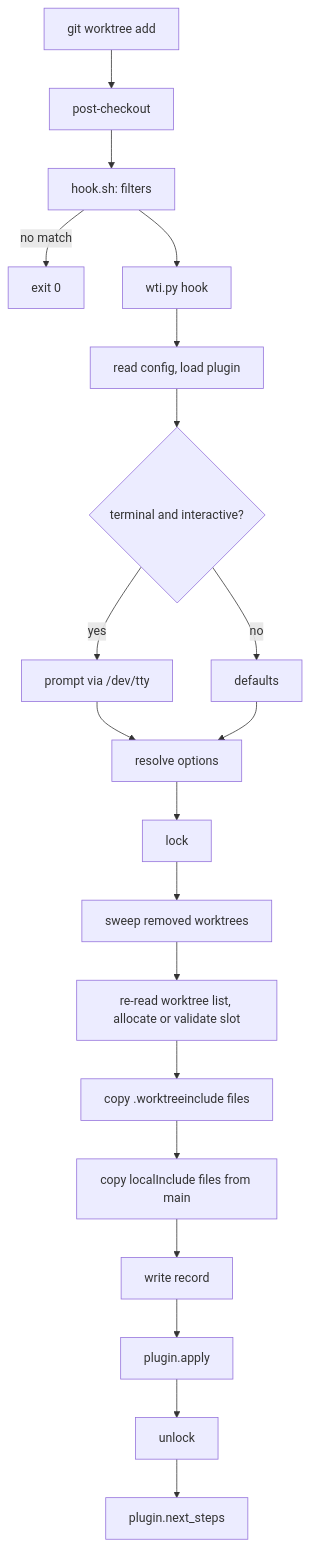
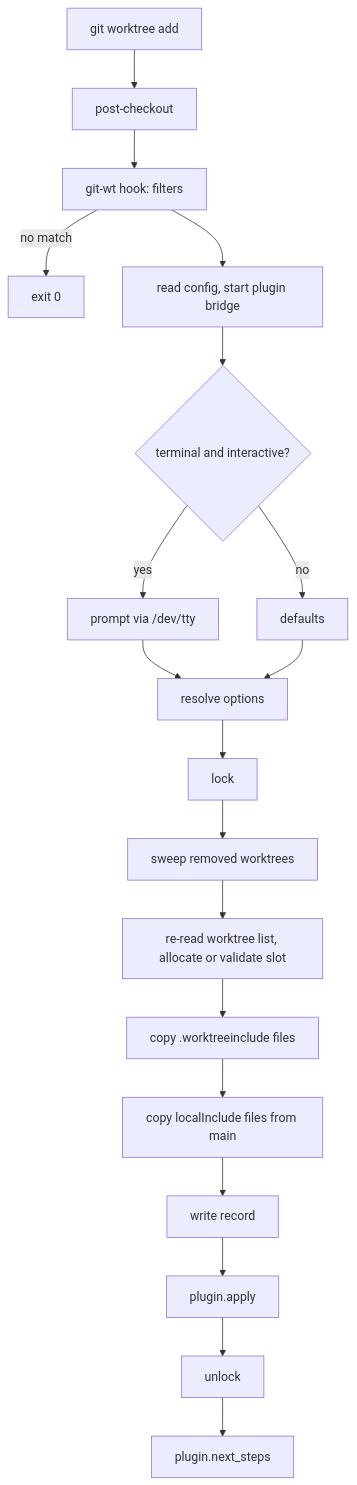
The diagram in docs/architecture.md (V1ncNet/git-worktree-init), drawn with Mermaid before and after one commit. The commit also changed other lines of this file and 47 other files, not shown here.

````diff
--- a/docs/architecture.md
+++ b/docs/architecture.md
@@ -5,22 +5,21 @@
 ```mermaid
 flowchart TD
     A[git worktree add] --> B[post-checkout]
-    B --> C[hook.sh: filters]
+    B --> C[git-wt hook: filters]
     C -->|no match| Z[exit 0]
-    C --> D[wti.py hook]
-    D --> E[read config, load plugin]
+    C --> E[read config, start plugin bridge]
     E --> F{terminal and interactive?}
     F -->|yes| G[prompt via /dev/tty]
     F -->|no| H[defaults]
     G --> I[resolve options]
     H --> I
     I --> J[lock]
     J --> J2[sweep removed worktrees]
     J2 --> K[re-read worktree list, allocate or validate slot]
     K --> L[copy .worktreeinclude files]
     L --> L2[copy localInclude files from main]
     L2 --> L3[write record]
     L3 --> M[plugin.apply]
     M --> N[unlock]
     N --> O[plugin.next_steps]
 ```
````
